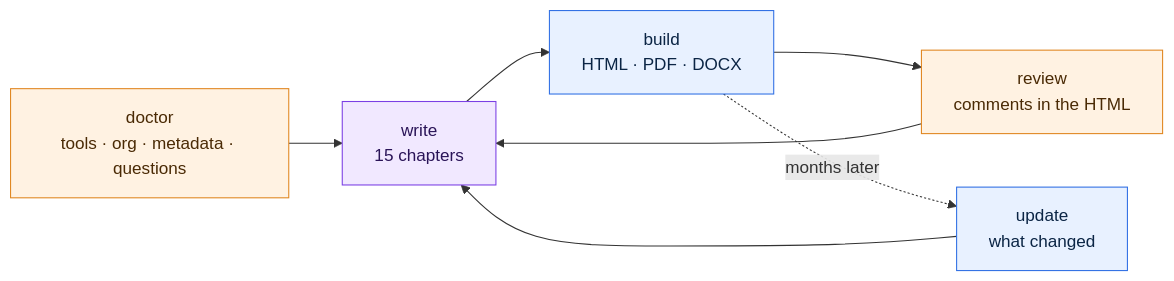
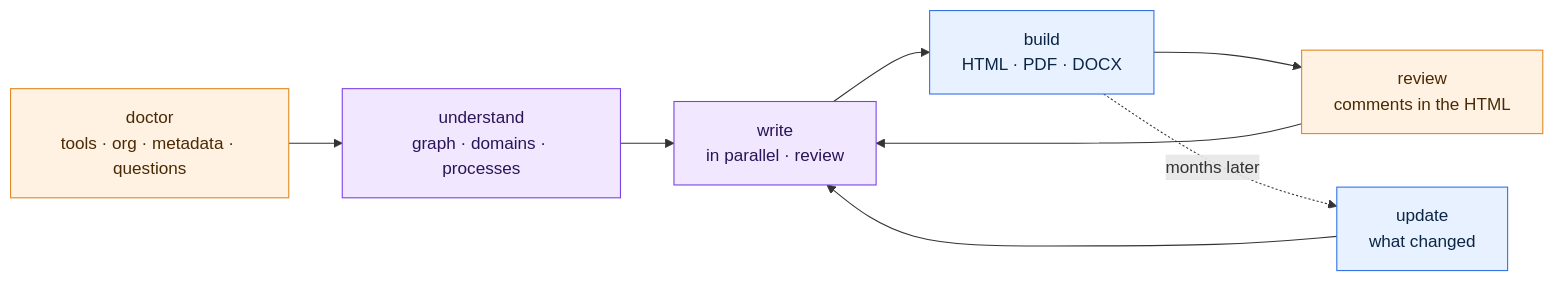
Before and after one commit to azamiji/TADForce: the diagram in README.md, drawn with Mermaid. The commit also changed other lines of this file and 86 other files, not shown here.

````diff
--- a/README.md
+++ b/README.md
@@ -98,12 +98,13 @@
 ```mermaid
 flowchart LR
-  A["doctor<br>tools · org · metadata · questions"]:::h --> B["write<br>15 chapters"]:::a
+  A["doctor<br>tools · org · metadata · questions"]:::h --> U["understand<br>graph · domains · processes"]:::a
+  U --> B["write<br>in parallel · review"]:::a
   B --> C["build<br>HTML · PDF · DOCX"]:::s
   C --> D["review<br>comments in the HTML"]:::h
   D --> B
   C -. months later .-> E["update<br>what changed"]:::s
   E --> B
   classDef s fill:#E8F1FF,stroke:#2F6FE4,color:#0B2545
   classDef a fill:#F1E8FF,stroke:#7B3FE4,color:#2A1458
   classDef h fill:#FFF2E2,stroke:#E0861F,color:#4A2A05
 ```
````
